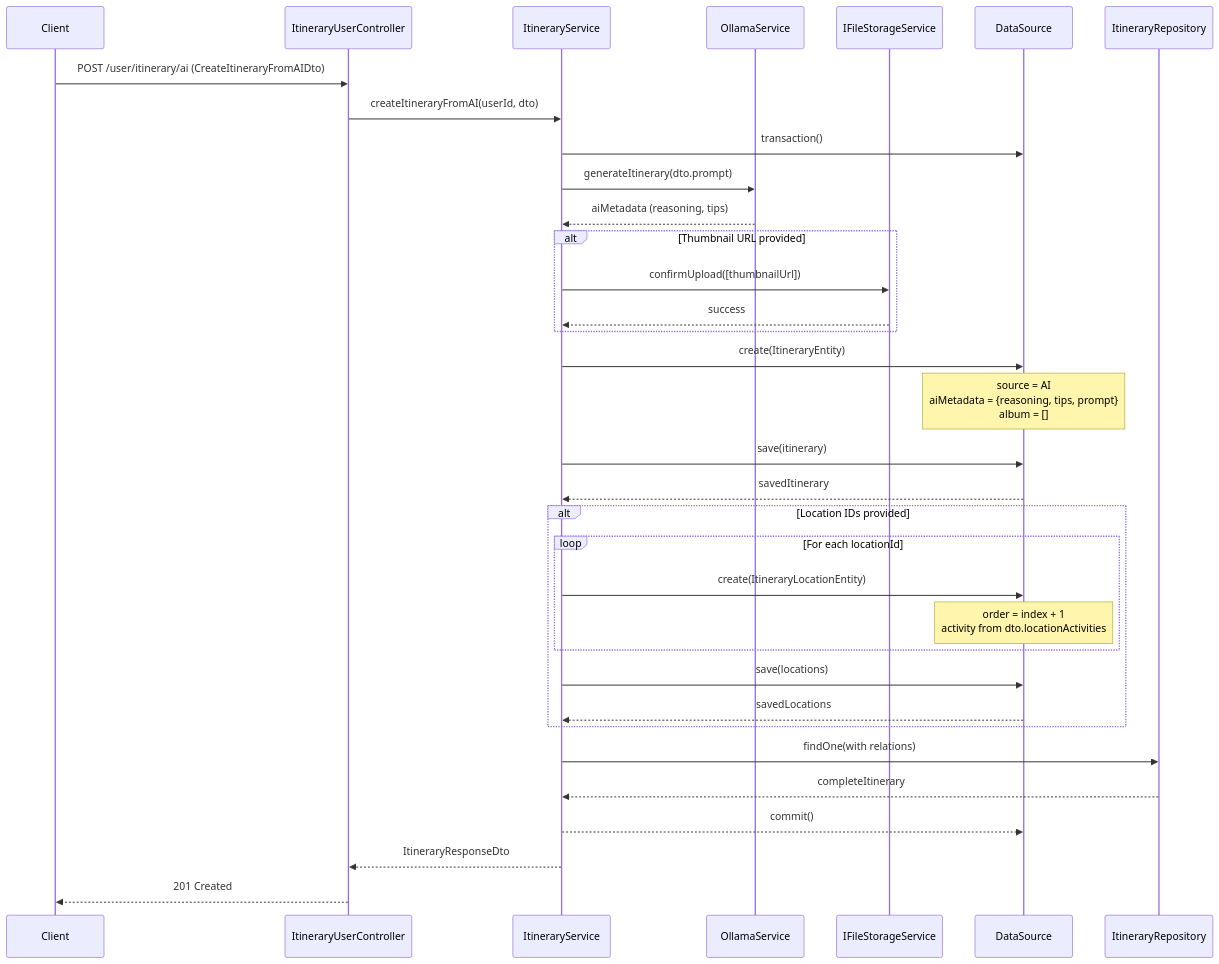
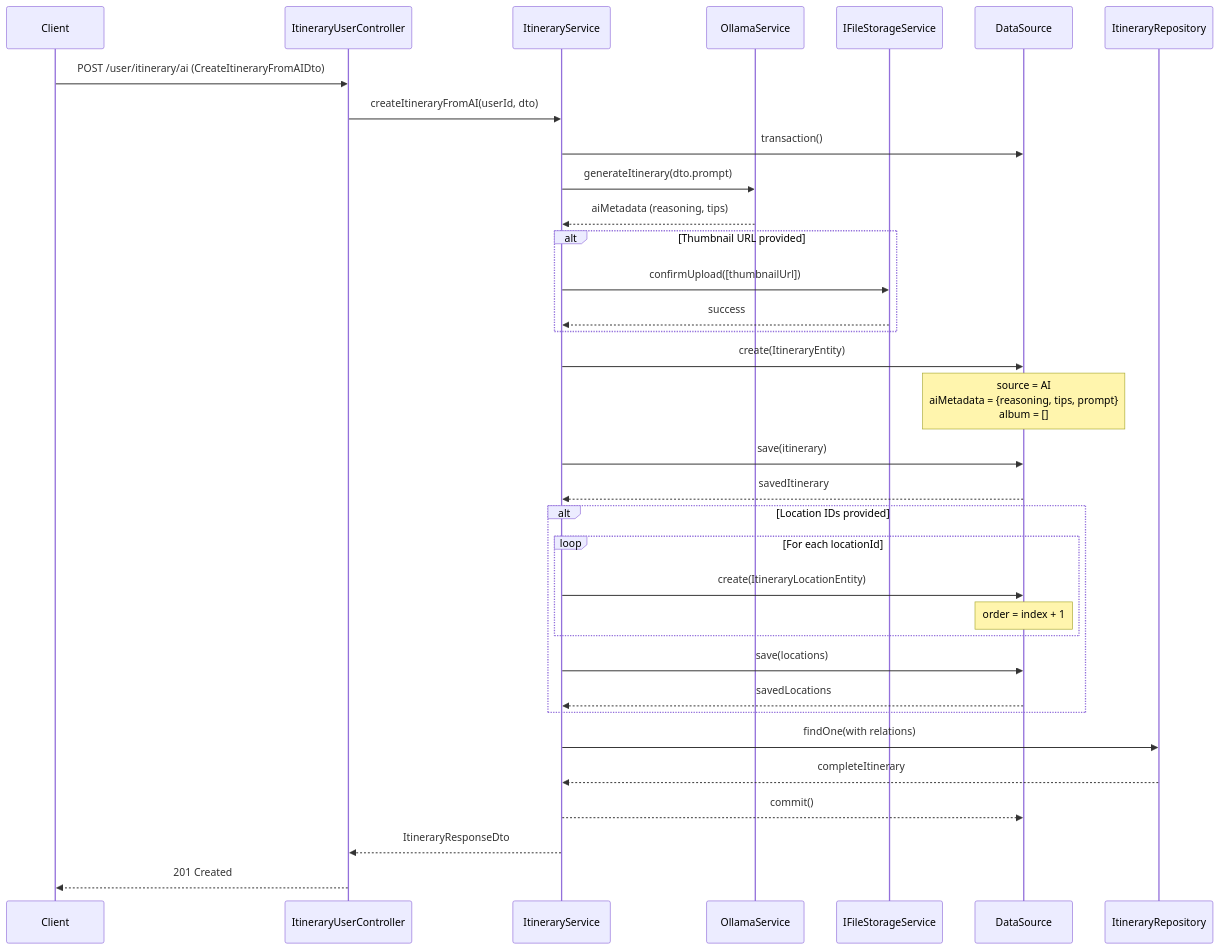
Before and after one commit to UrbanLens-2025/urban-lens_server: the fifth of 7 diagrams in docs/diagrams/02-itinerary-feature.md, drawn with Mermaid. The commit also changed other lines of this file and 8 other files, not shown here.

Commit message:
Refactor itinerary feature: remove activity and visitDate fields from ItineraryLocationDto and related entities, update service logic accordingly. Add new Location and Event feature diagrams with class and sequence diagrams for better documentation.

````diff
--- a/docs/diagrams/02-itinerary-feature.md
+++ b/docs/diagrams/02-itinerary-feature.md
@@ -242,44 +240,44 @@
 ```mermaid
 sequenceDiagram
     participant Client
     participant ItineraryController as ItineraryUserController
     participant ItineraryService
     participant OllamaService
     participant FileStorageService as IFileStorageService
     participant DataSource
     participant ItineraryRepository
 
     Client->>ItineraryController: POST /user/itinerary/ai (CreateItineraryFromAIDto)
     ItineraryController->>ItineraryService: createItineraryFromAI(userId, dto)
 
     ItineraryService->>DataSource: transaction()
 
     ItineraryService->>OllamaService: generateItinerary(dto.prompt)
     OllamaService-->>ItineraryService: aiMetadata (reasoning, tips)
 
     alt Thumbnail URL provided
         ItineraryService->>FileStorageService: confirmUpload([thumbnailUrl])
         FileStorageService-->>ItineraryService: success
     end
 
     ItineraryService->>DataSource: create(ItineraryEntity)
     Note over DataSource: source = AI<br/>aiMetadata = {reasoning, tips, prompt}<br/>album = []
     ItineraryService->>DataSource: save(itinerary)
     DataSource-->>ItineraryService: savedItinerary
 
     alt Location IDs provided
         loop For each locationId
             ItineraryService->>DataSource: create(ItineraryLocationEntity)
-            Note over DataSource: order = index + 1<br/>activity from dto.locationActivities
+            Note over DataSource: order = index + 1
         end
         ItineraryService->>DataSource: save(locations)
         DataSource-->>ItineraryService: savedLocations
     end
 
     ItineraryService->>ItineraryRepository: findOne(with relations)
     ItineraryRepository-->>ItineraryService: completeItinerary
 
     ItineraryService-->>DataSource: commit()
     ItineraryService-->>ItineraryController: ItineraryResponseDto
     ItineraryController-->>Client: 201 Created
 ```
````
